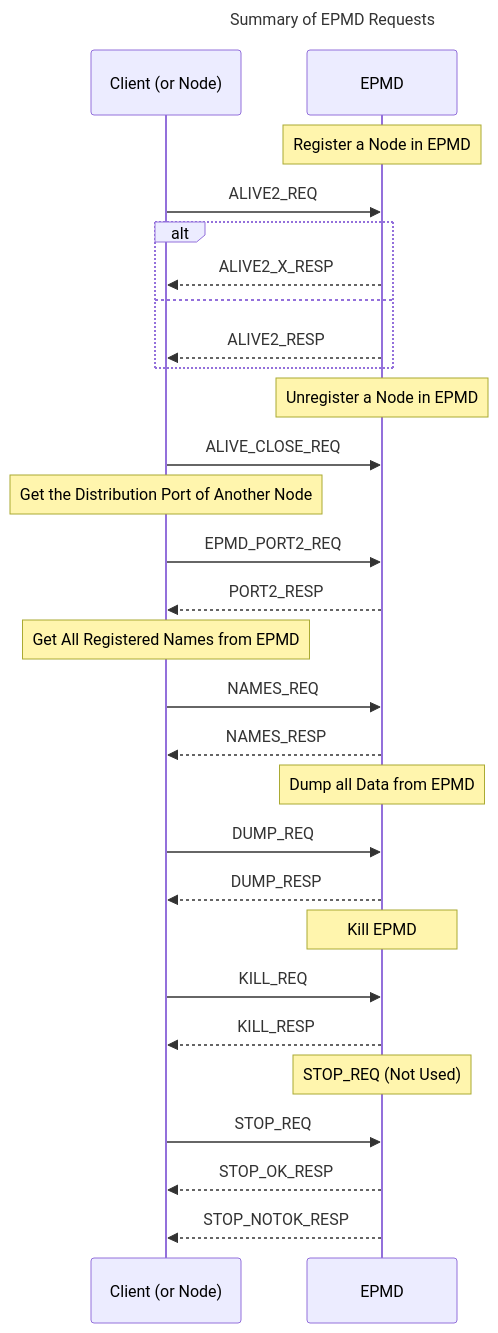
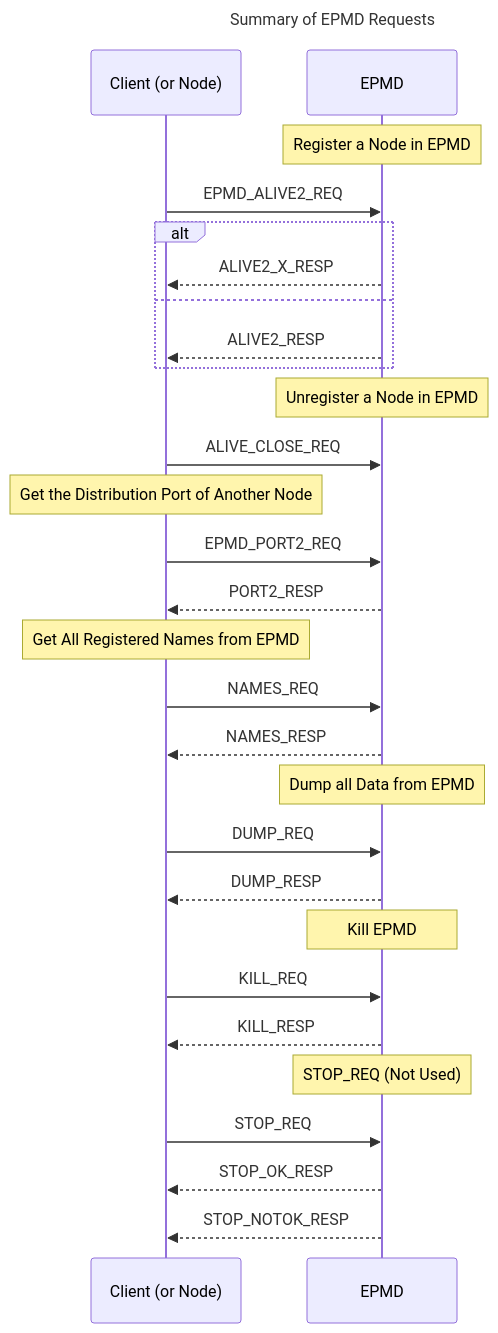
The first of 8 diagrams in erts/doc/guides/erl_dist_protocol.md (erlang/otp), drawn with Mermaid before and after one commit. The commit also changed other lines of this file and 3 other files, not shown here.

Commit message:
epmd: rename ALIVE2_REQ to EPMD_ALIVE2_REQ for consistency

````diff
--- a/erts/doc/guides/erl_dist_protocol.md
+++ b/erts/doc/guides/erl_dist_protocol.md
@@ -72,41 +72,41 @@
 ```mermaid
 ---
 title: Summary of EPMD Requests
 ---
 
 sequenceDiagram
     participant client as Client (or Node)
     participant EPMD
 
     Note over EPMD: Register a Node in EPMD
-    client ->> EPMD: ALIVE2_REQ
+    client ->> EPMD: EPMD_ALIVE2_REQ
     alt
         EPMD -->> client: ALIVE2_X_RESP
     else
         EPMD -->> client: ALIVE2_RESP
     end
 
     Note over EPMD: Unregister a Node in EPMD
     client ->> EPMD: ALIVE_CLOSE_REQ
 
     Note over client: Get the Distribution Port of Another Node
     client ->> EPMD: EPMD_PORT2_REQ
     EPMD -->> client: PORT2_RESP
 
     Note over client: Get All Registered Names from EPMD
     client ->> EPMD: NAMES_REQ
     EPMD -->> client: NAMES_RESP
 
     Note over EPMD: Dump all Data from EPMD
     client ->> EPMD: DUMP_REQ
     EPMD -->> client: DUMP_RESP
 
     Note over EPMD: Kill EPMD
     client ->> EPMD: KILL_REQ
     EPMD -->> client: KILL_RESP
 
     Note over EPMD: STOP_REQ (Not Used)
     client ->> EPMD: STOP_REQ
     EPMD -->> client: STOP_OK_RESP
     EPMD -->> client: STOP_NOTOK_RESP
 ```
````
